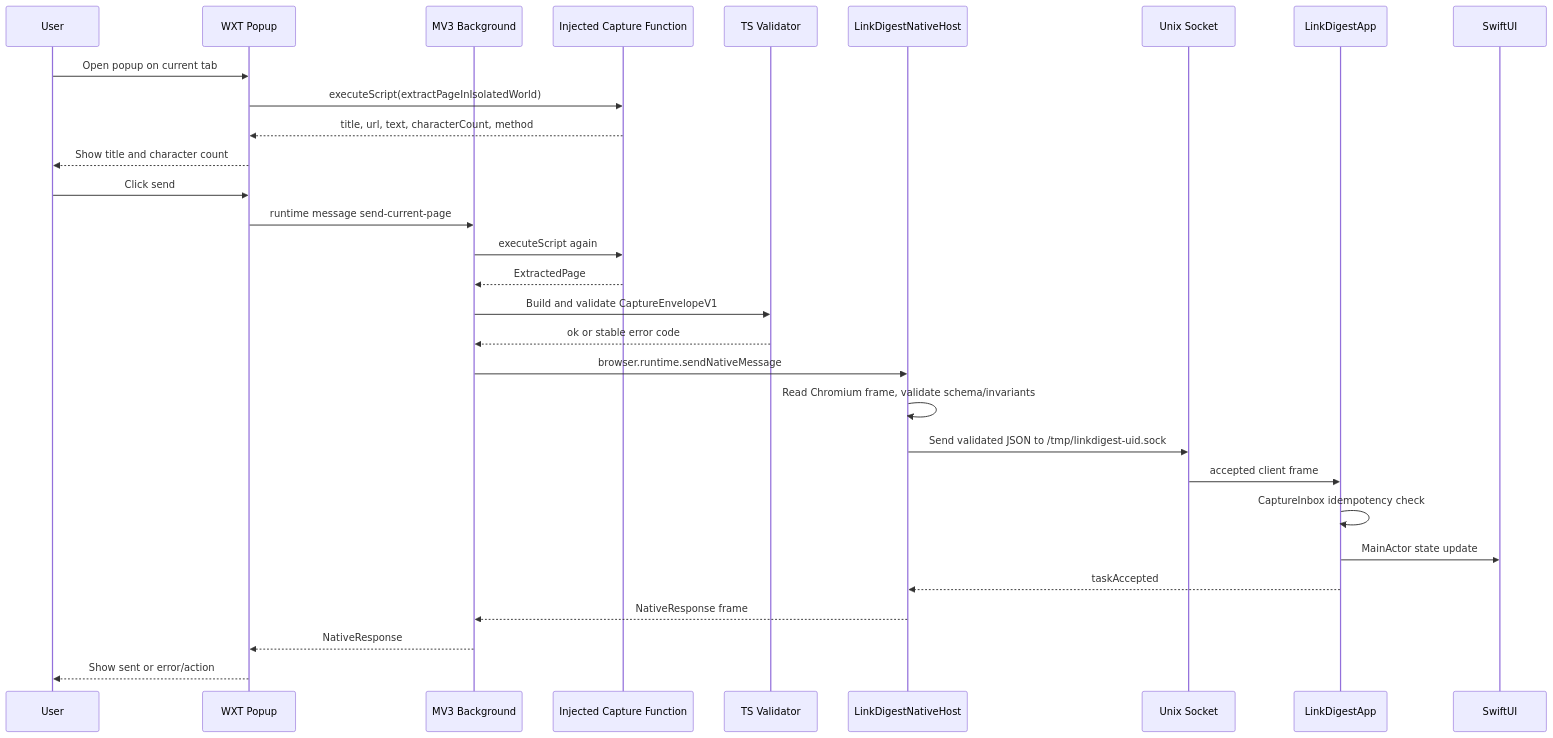
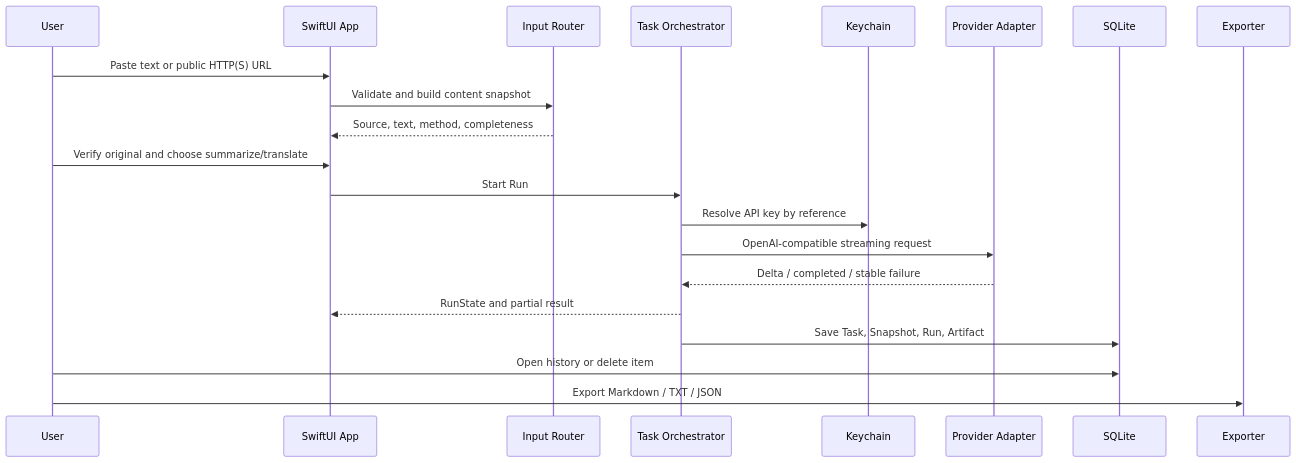
One commit to Songxiaor/jizuo changed the first of 2 diagrams in brain/flow.md. Above: the diagram before and after it, drawn with Mermaid. The commit also changed other lines of this file and 14 other files, not shown here.

````diff
--- a/brain/flow.md
+++ b/brain/flow.md
@@ -12,33 +12,24 @@
 ```mermaid
 sequenceDiagram
   participant U as User
-  participant P as WXT Popup
-  participant B as MV3 Background
-  participant C as Injected Capture Function
-  participant V as TS Validator
-  participant H as LinkDigestNativeHost
-  participant S as Unix Socket
-  participant A as LinkDigestApp
-  participant UI as SwiftUI
+  participant A as SwiftUI App
+  participant I as Input Router
+  participant O as Task Orchestrator
+  participant K as Keychain
+  participant M as Provider Adapter
+  participant D as SQLite
+  participant E as Exporter
 
-  U->>P: Open popup on current tab
-  P->>C: executeScript(extractPageInIsolatedWorld)
-  C-->>P: title, url, text, characterCount, method
-  P-->>U: Show title and character count
-  U->>P: Click send
-  P->>B: runtime message send-current-page
-  B->>C: executeScript again
-  C-->>B: ExtractedPage
-  B->>V: Build and validate CaptureEnvelopeV1
-  V-->>B: ok or stable error code
-  B->>H: browser.runtime.sendNativeMessage
-  H->>H: Read Chromium frame, validate schema/invariants
-  H->>S: Send validated JSON to /tmp/linkdigest-uid.sock
-  S->>A: accepted client frame
-  A->>A: CaptureInbox idempotency check
-  A->>UI: MainActor state update
-  A-->>H: taskAccepted
-  H-->>B: NativeResponse frame
-  B-->>P: NativeResponse
-  P-->>U: Show sent or error/action
+  U->>A: Paste text or public HTTP(S) URL
+  A->>I: Validate and build content snapshot
+  I-->>A: Source, text, method, completeness
+  U->>A: Verify original and choose summarize/translate
+  A->>O: Start Run
+  O->>K: Resolve API key by reference
+  O->>M: OpenAI-compatible streaming request
+  M-->>O: Delta / completed / stable failure
+  O-->>A: RunState and partial result
+  O->>D: Save Task, Snapshot, Run, Artifact
+  U->>D: Open history or delete item
+  U->>E: Export Markdown / TXT / JSON
 ```
````
